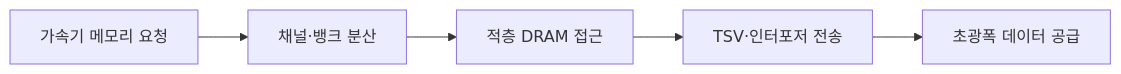
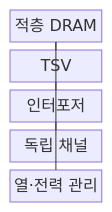
The first of 2 diagrams in src/content/docs/notes/08-latest-tech/145_hbm_high_bandwidth_memory.md (agnusdei1207/knowledge-base), drawn with Mermaid before and after one commit. The commit also changed other lines of this file and 23 other files, not shown here.

````diff
--- a/src/content/docs/notes/08-latest-tech/145_hbm_high_bandwidth_memory.md
+++ b/src/content/docs/notes/08-latest-tech/145_hbm_high_bandwidth_memory.md
@@ -79,7 +53,13 @@
 ```mermaid
-flowchart LR
-    A[가속기 메모리 요청] --> B[채널·뱅크 분산]
-    B --> C[적층 DRAM 접근]
-    C --> D[TSV·인터포저 전송]
-    D --> E[초광폭 데이터 공급]
+block-beta
+  columns 1
+  A["적층 DRAM"]
+  B["TSV"]
+  C["인터포저"]
+  D["독립 채널"]
+  E["열·전력 관리"]
+  A --- B
+  B --- C
+  C --- D
+  E --- A
 ```
````
